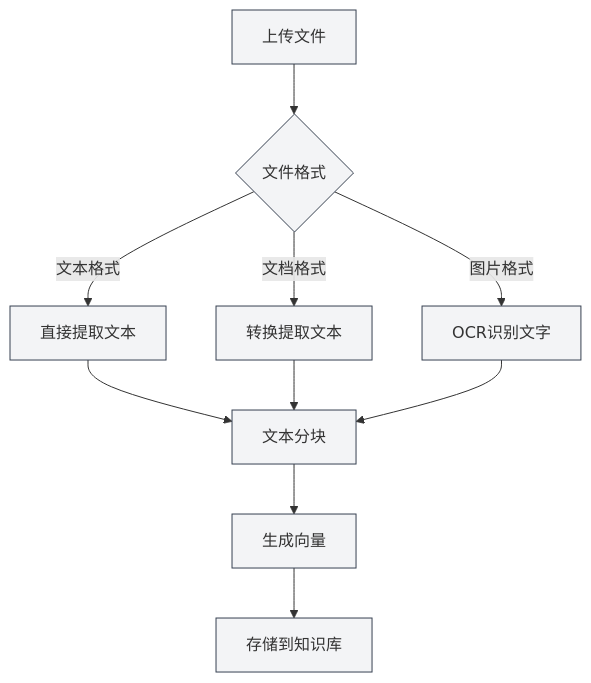
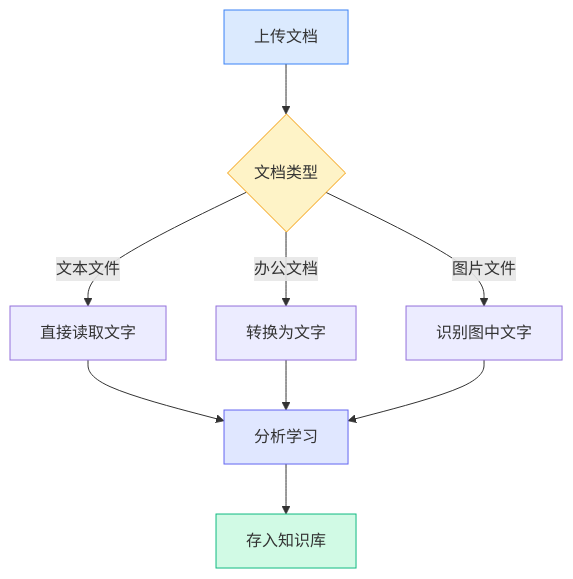
The third of 4 diagrams in meta-doc/src/renderer/src/manuals/zh_CN/knowledge-base/config.md (JaredYe04/MetaDoc), drawn with Mermaid before and after one commit. The commit also changed other lines of this file and 11 other files, not shown here.

First line of the commit message:
docs: 完善用户手册文档，添加Demo组件和图表

````diff
--- a/meta-doc/src/renderer/src/manuals/zh_CN/knowledge-base/config.md
+++ b/meta-doc/src/renderer/src/manuals/zh_CN/knowledge-base/config.md
@@ -157,20 +134,15 @@
 ```mermaid
 graph TB
-    A[上传文件] --> B{文件格式}
-    B -->|文本格式| C[直接提取文本]
-    B -->|文档格式| D[转换提取文本]
-    B -->|图片格式| E[OCR识别文字]
-    C --> F[文本分块]
+    A[上传文档] --> B{文档类型}
+    B -->|文本文件| C[直接读取文字]
+    B -->|办公文档| D[转换为文字]
+    B -->|图片文件| E[识别图中文字]
+    C --> F[分析学习]
     D --> F
     E --> F
-    F --> G[生成向量]
-    G --> H[存储到知识库]
-    style A fill:#f3f4f6,stroke:#374151
-    style B fill:#f3f4f6,stroke:#374151
-    style C fill:#f3f4f6,stroke:#374151
-    style D fill:#f3f4f6,stroke:#374151
-    style E fill:#f3f4f6,stroke:#374151
-    style F fill:#f3f4f6,stroke:#374151
-    style G fill:#f3f4f6,stroke:#374151
-    style H fill:#f3f4f6,stroke:#374151
+    F --> G[存入知识库]
+    style A fill:#dbeafe,stroke:#3b82f6
+    style B fill:#fef3c7,stroke:#f59e0b
+    style F fill:#e0e7ff,stroke:#6366f1
+    style G fill:#d1fae5,stroke:#10b981
 ```
````
